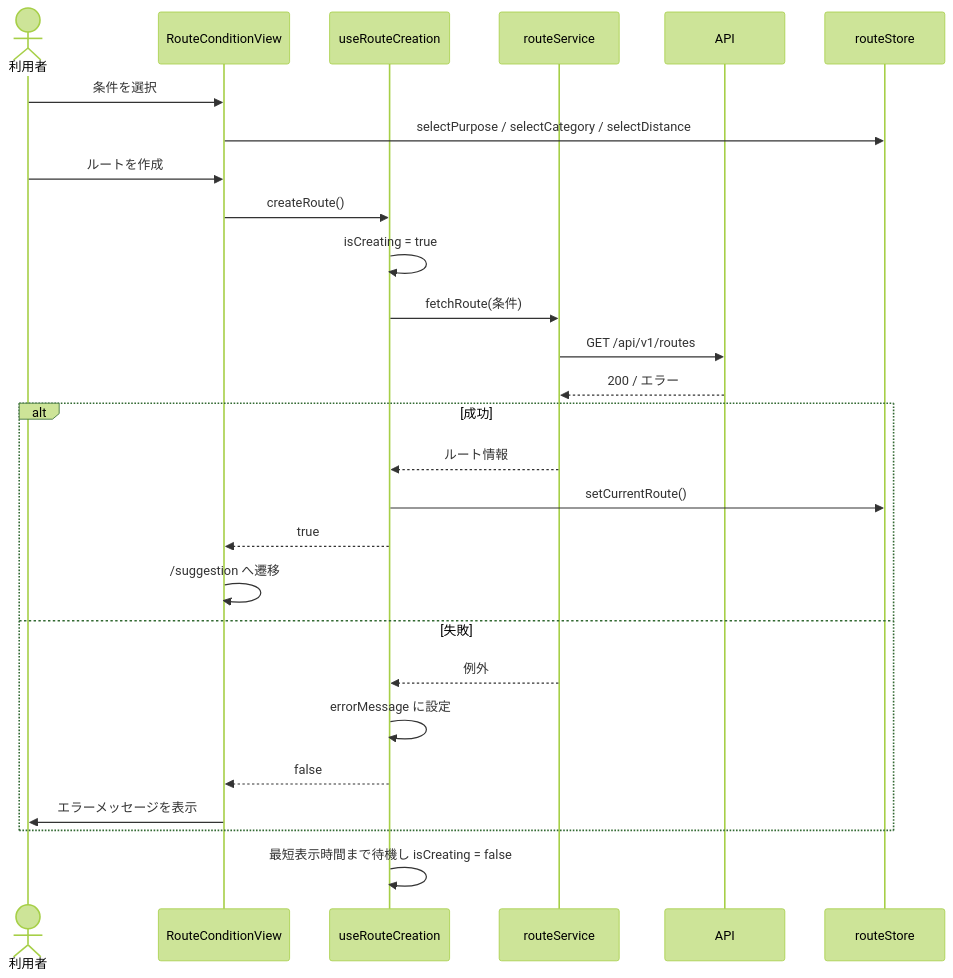
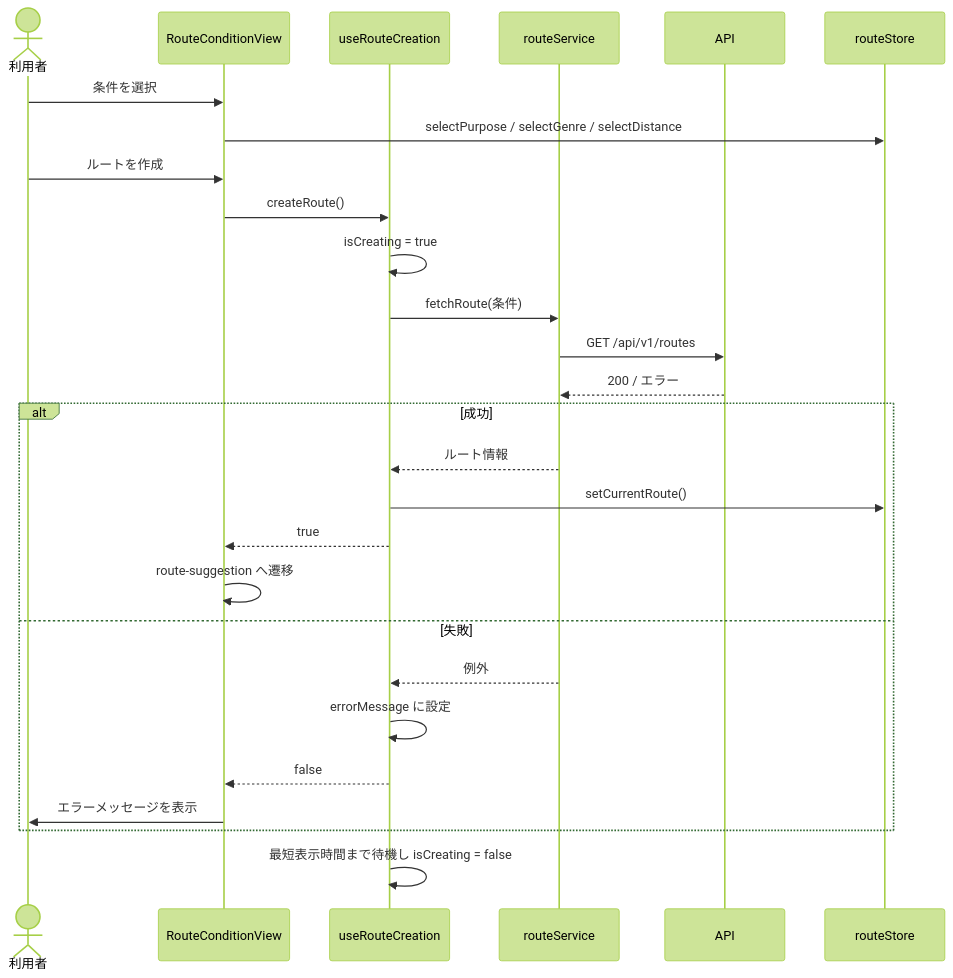
The fourth of 5 diagrams in docs/設計書.md (zbs-nexus/michishiru_app), drawn with Mermaid (forest theme) before and after one commit. The commit also changed other lines of this file, not shown here.

````diff
--- a/docs/設計書.md
+++ b/docs/設計書.md
@@ -156,30 +272,30 @@
 ```mermaid
 sequenceDiagram
     actor User as 利用者
     participant View as RouteConditionView
     participant Comp as useRouteCreation
     participant Svc as routeService
     participant Api as API
     participant Store as routeStore
 
     User->>View: 条件を選択
-    View->>Store: selectPurpose / selectCategory / selectDistance
+    View->>Store: selectPurpose / selectGenre / selectDistance
     User->>View: ルートを作成
     View->>Comp: createRoute()
     Comp->>Comp: isCreating = true
     Comp->>Svc: fetchRoute(条件)
     Svc->>Api: GET /api/v1/routes
     Api-->>Svc: 200 / エラー
     alt 成功
         Svc-->>Comp: ルート情報
         Comp->>Store: setCurrentRoute()
         Comp-->>View: true
-        View->>View: /suggestion へ遷移
+        View->>View: route-suggestion へ遷移
     else 失敗
         Svc-->>Comp: 例外
         Comp->>Comp: errorMessage に設定
         Comp-->>View: false
         View->>User: エラーメッセージを表示
     end
     Comp->>Comp: 最短表示時間まで待機し isCreating = false
 ```
````
